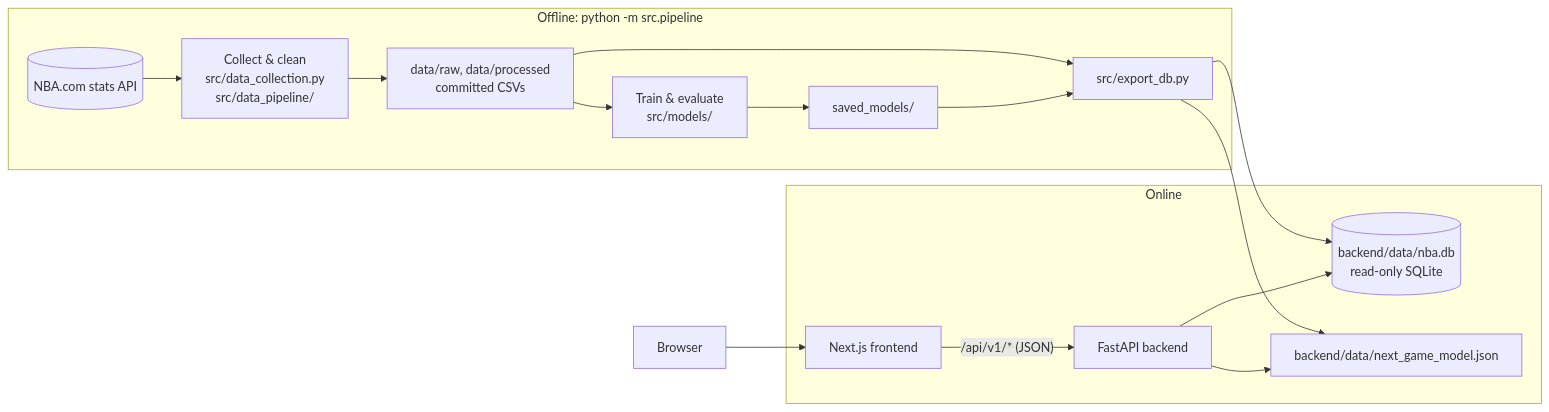
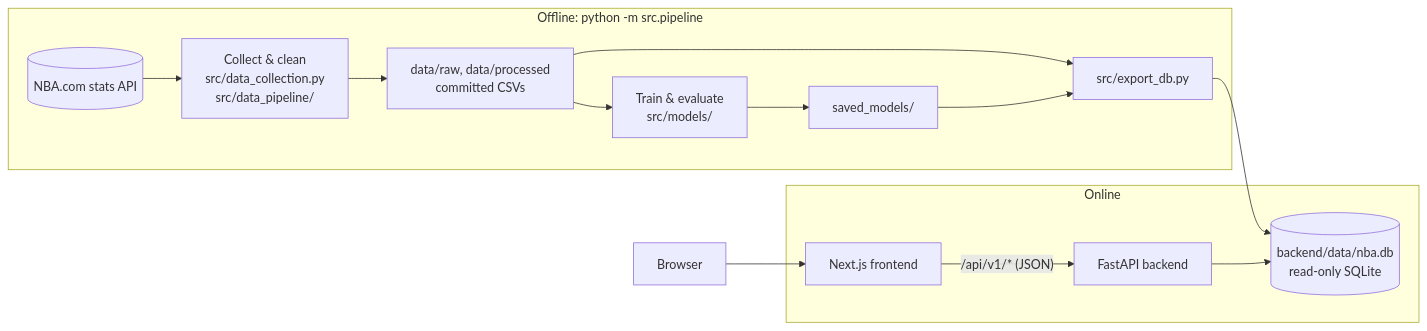
One commit to tsetan13821/NBAAnalyticsProject changed the diagram in docs/ARCHITECTURE.md. Above: the diagram before and after it, drawn with Mermaid. The commit also changed other lines of this file and 2 other files, not shown here.

First line of the commit message:
ci,docs: scheduled game refresh and game predictor docs

````diff
--- a/docs/ARCHITECTURE.md
+++ b/docs/ARCHITECTURE.md
@@ -7,20 +7,18 @@
 ```mermaid
 flowchart LR
     subgraph Offline["Offline: python -m src.pipeline"]
         API[(NBA.com stats API)] --> P[Collect & clean<br/>src/data_collection.py<br/>src/data_pipeline/]
         P --> CSV[data/raw, data/processed<br/>committed CSVs]
         CSV --> M[Train & evaluate<br/>src/models/]
         M --> PKL[saved_models/]
         CSV --> E[src/export_db.py]
         PKL --> E
     end
     E --> DB[(backend/data/nba.db<br/>read-only SQLite)]
-    E --> J[backend/data/next_game_model.json]
 
     subgraph Online["Online"]
         FE[Next.js frontend] -- "/api/v1/* (JSON)" --> BE[FastAPI backend]
         BE --> DB
-        BE --> J
     end
     Browser --> FE
 ```
````
